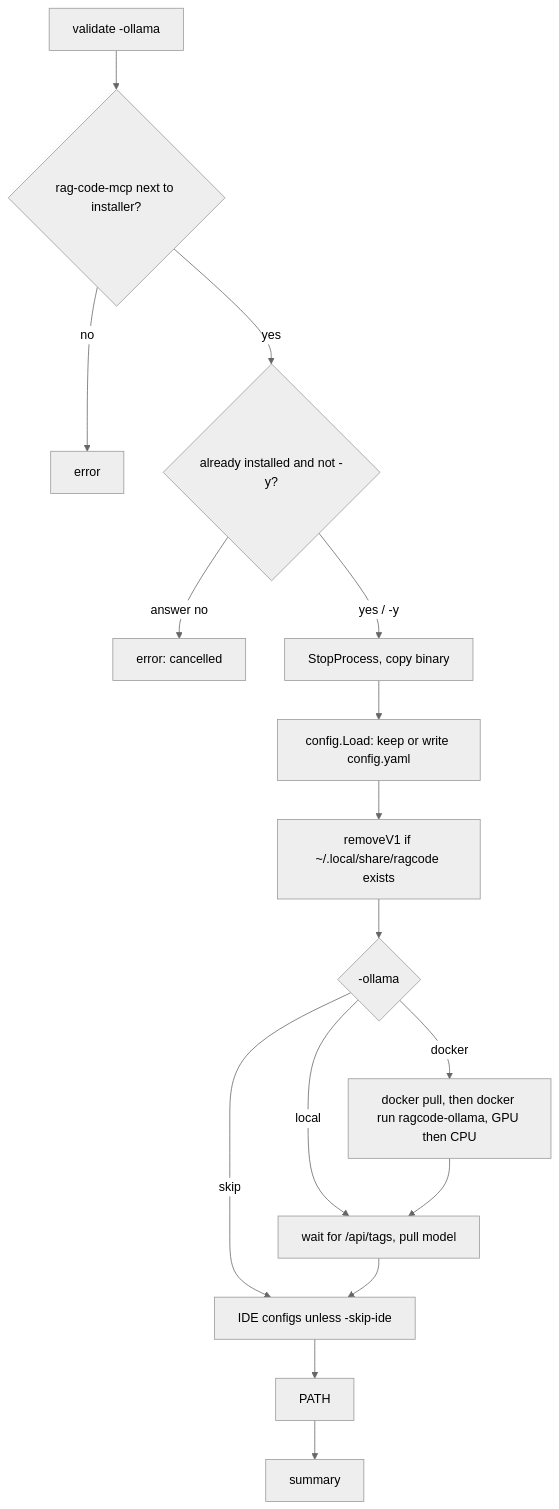
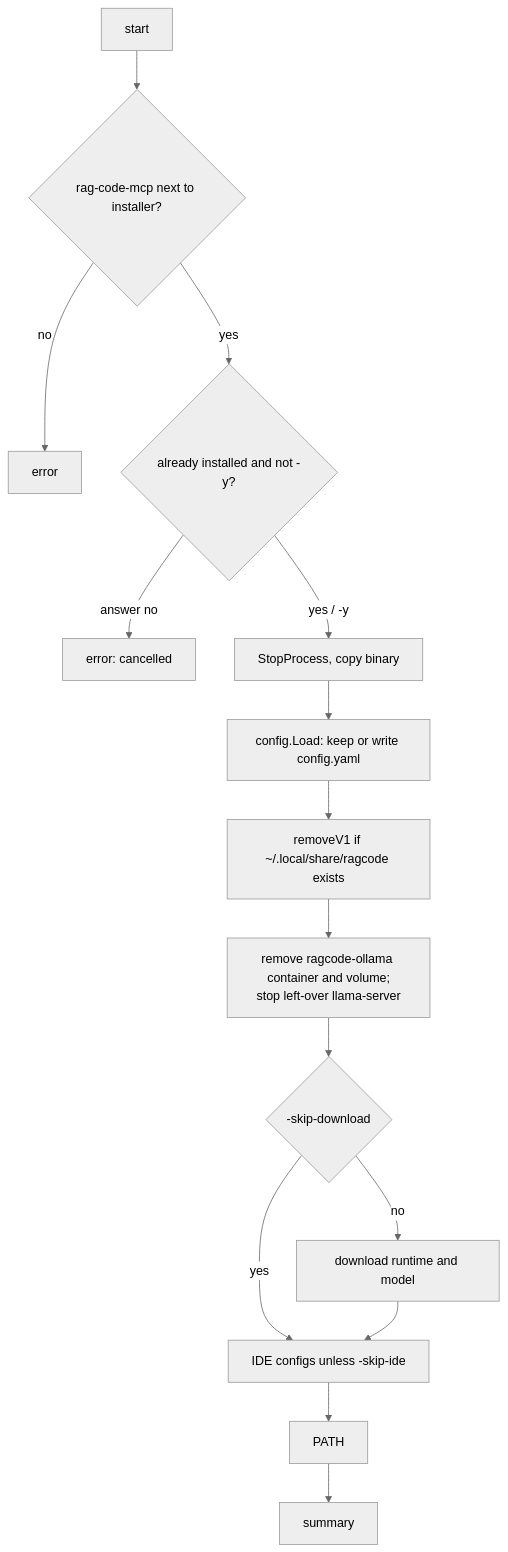
Before and after one commit to doITmagic/rag-code-mcp: the second of 2 diagrams in internal/install/README.md, drawn with Mermaid (neutral theme). The commit also changed other lines of this file and 8 other files, not shown here.

Commit message:
feat(install): the installer downloads the embedding runtime and model instead of starting Docker (-skip-download leaves it to the server), removes the ragcode-ollama container of earlier v2 versions and stops left-over llama-server processes; the uninstaller stops them too

````diff
--- a/internal/install/README.md
+++ b/internal/install/README.md
@@ -83,18 +84,17 @@
 ```mermaid
 flowchart TD
-    A[validate -ollama] --> B{rag-code-mcp next to installer?}
+    A[start] --> B{rag-code-mcp next to installer?}
     B -- no --> X[error]
     B -- yes --> C{already installed and not -y?}
     C -- answer no --> Y[error: cancelled]
     C -- yes / -y --> E[StopProcess, copy binary]
     E --> F[config.Load: keep or write config.yaml]
     F --> D[removeV1 if ~/.local/share/ragcode exists]
-    D --> G{-ollama}
-    G -- docker --> H[docker pull, then docker run ragcode-ollama, GPU then CPU]
-    G -- local --> I
-    H --> I[wait for /api/tags, pull model]
-    G -- skip --> J
+    D --> H[remove ragcode-ollama container and volume;<br/>stop left-over llama-server]
+    H --> G{-skip-download}
+    G -- no --> I[download runtime and model]
+    G -- yes --> J
     I --> J[IDE configs unless -skip-ide]
     J --> K[PATH]
     K --> L[summary]
 ```
````
